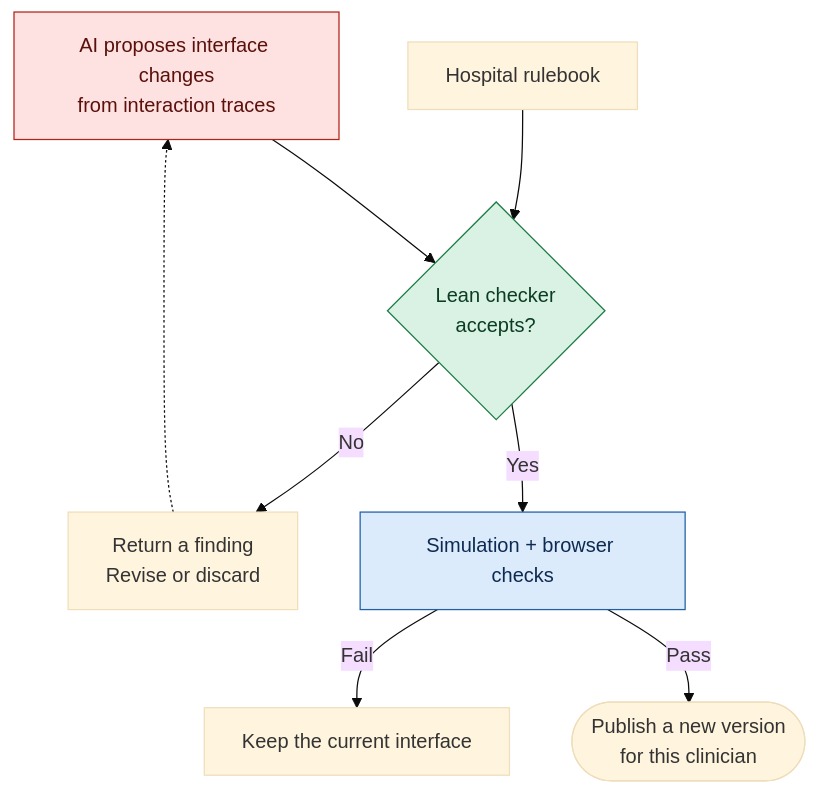
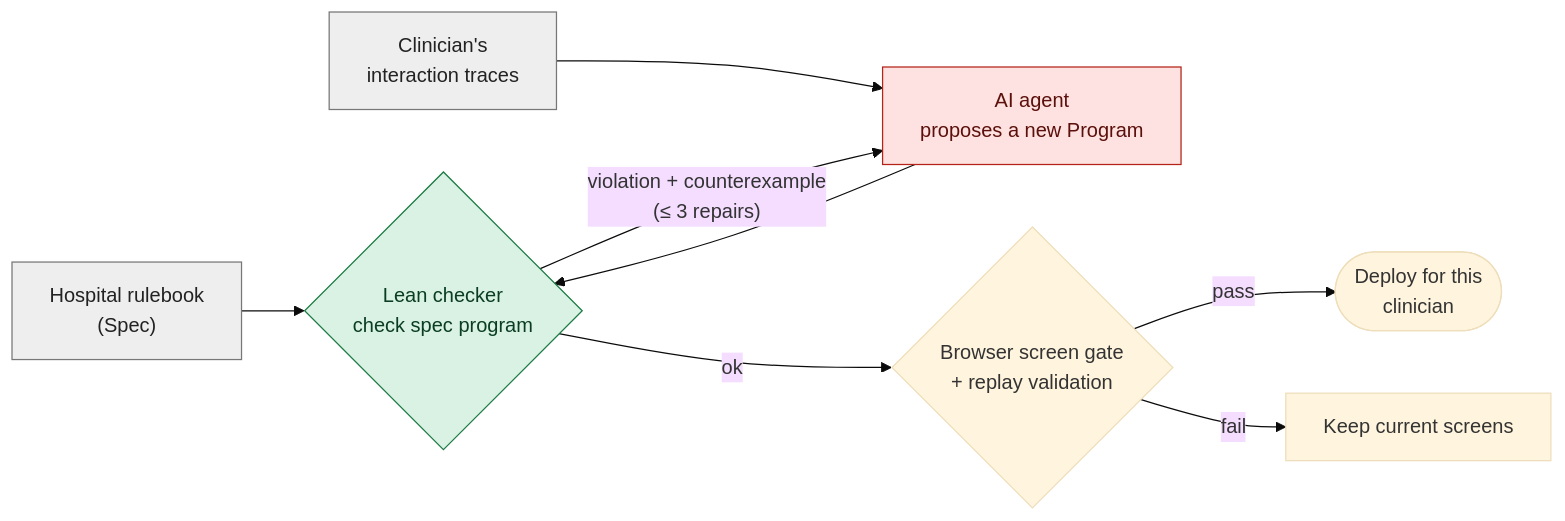
Before and after one commit to saithat/VGI-Health: the first of 3 diagrams in README.md, drawn with Mermaid (base theme). The commit also changed other lines of this file and 114 other files, not shown here.

````diff
--- a/README.md
+++ b/README.md
@@ -16,18 +29,21 @@
 ```mermaid
-flowchart TB
-  AI["AI proposes interface changes<br/>from interaction traces"]
-  RULES["Hospital rulebook"] --> CHECK{"Lean checker<br/>accepts?"}
-  AI --> CHECK
-  CHECK -->|"No"| REPAIR["Return a finding<br/>Revise or discard"]
-  REPAIR -.-> AI
-  CHECK -->|"Yes"| TEST["Simulation + browser checks"]
-  TEST -->|"Fail"| KEEP["Keep the current interface"]
-  TEST -->|"Pass"| VERSION(["Publish a new version<br/>for this clinician"])
+flowchart LR
+  classDef proved fill:#d9f2e3,stroke:#1b7a43,color:#0b3d22
+  classDef untrusted fill:#fde2e1,stroke:#b42318,color:#5c100b
+  classDef trusted fill:#eeeeee,stroke:#777,color:#222
 
-  classDef proposed fill:#fde2e1,stroke:#b42318,color:#5c100b
-  classDef proved fill:#d9f2e3,stroke:#1b7a43,color:#0b3d22
-  classDef checked fill:#dcebfb,stroke:#1f5fa8,color:#0d2b52
-  class AI proposed
-  class CHECK proved
-  class TEST checked
+  RULES["Hospital rulebook<br/>(Spec)"]:::trusted
+  TRACES["Clinician's<br/>interaction traces"]:::trusted
+  AI["AI agent<br/>proposes a new Program"]:::untrusted
+  CHECK{"Lean checker<br/>check spec program"}:::proved
+  GATE{"Browser screen gate<br/>+ replay validation"}
+  DEPLOY(["Deploy for this<br/>clinician"])
+  KEEP["Keep current screens"]
+
+  TRACES --> AI --> CHECK
+  RULES --> CHECK
+  CHECK -->|"violation + counterexample<br/>(≤ 3 repairs)"| AI
+  CHECK -->|ok| GATE
+  GATE -->|pass| DEPLOY
+  GATE -->|fail| KEEP
 ```
````
